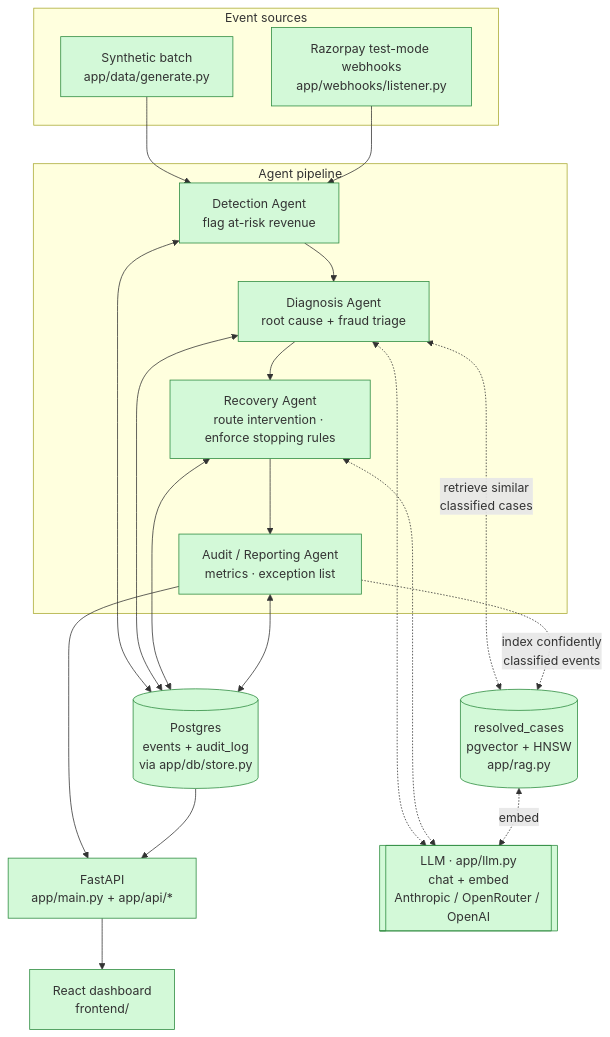
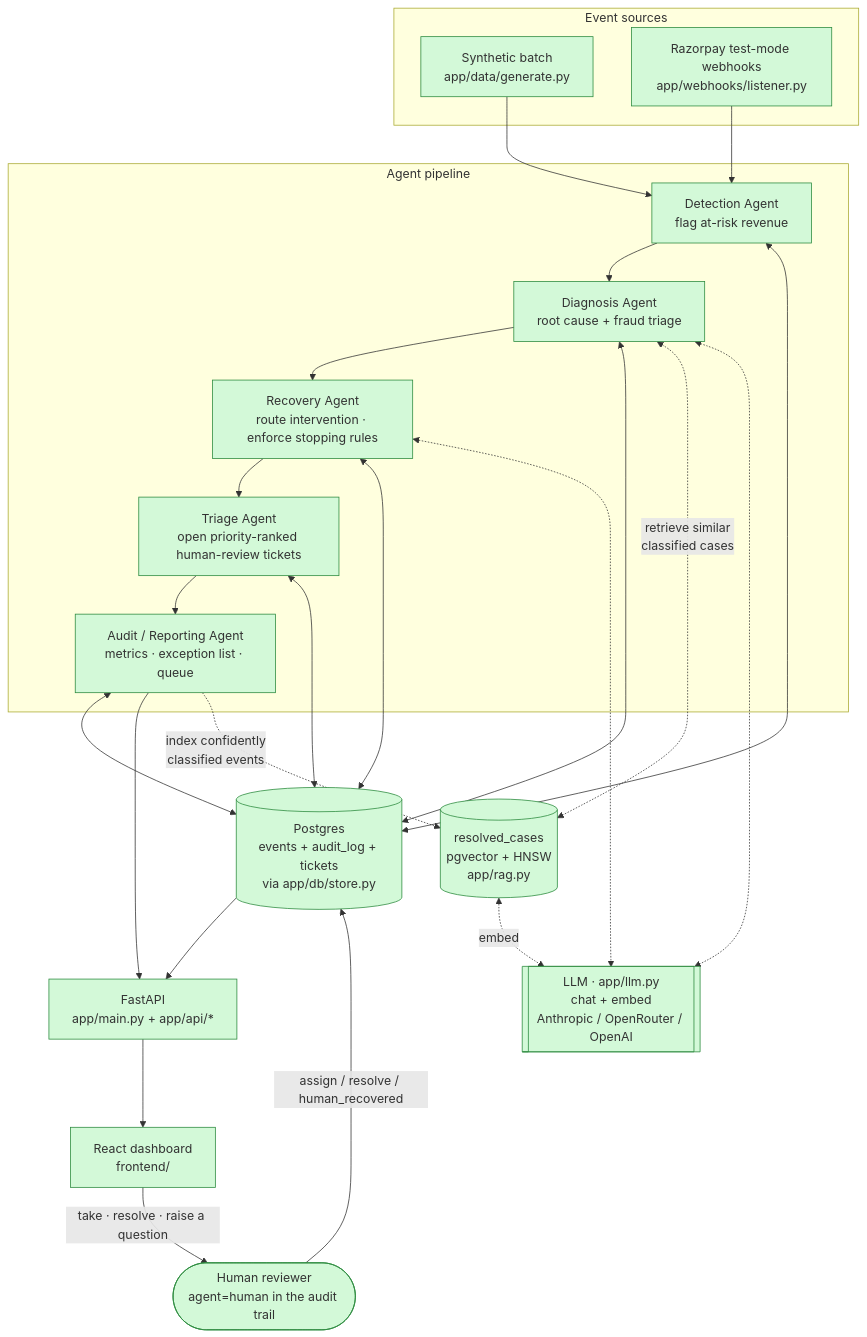
Before and after one commit to Skeletor-Pirate/AI-Revenue-Recovery: the first of 7 diagrams in architecture.md, drawn with Mermaid. The commit also changed other lines of this file and 40 other files, not shown here.

````diff
--- a/architecture.md
+++ b/architecture.md
@@ -48,41 +65,47 @@
 ```mermaid
 flowchart TD
     subgraph sources [Event sources]
         SYN[Synthetic batch<br/>app/data/generate.py]
         WH[Razorpay test-mode webhooks<br/>app/webhooks/listener.py]
     end
 
     SYN --> DET
     WH --> DET
 
     subgraph agents [Agent pipeline]
         DET[Detection Agent<br/>flag at-risk revenue]
         DIA[Diagnosis Agent<br/>root cause + fraud triage]
         REC[Recovery Agent<br/>route intervention · enforce stopping rules]
-        AUD[Audit / Reporting Agent<br/>metrics · exception list]
-        DET --> DIA --> REC --> AUD
+        TRI[Triage Agent<br/>open priority-ranked human-review tickets]
+        AUD[Audit / Reporting Agent<br/>metrics · exception list · queue]
+        DET --> DIA --> REC --> TRI --> AUD
     end
 
     DET <--> STORE
     DIA <--> STORE
     REC <--> STORE
+    TRI <--> STORE
     AUD <--> STORE
 
-    STORE[(Postgres<br/>events + audit_log<br/>via app/db/store.py)]
+    STORE[(Postgres<br/>events + audit_log + tickets<br/>via app/db/store.py)]
 
     AUD --> API
     STORE --> API
     API[FastAPI<br/>app/main.py + app/api/*] --> UI[React dashboard<br/>frontend/]
+
+    UI -->|"take · resolve · raise a question"| HUM
+    HUM(["Human reviewer<br/>agent=human in the audit trail"])
+    HUM -->|"assign / resolve / human_recovered"| STORE
 
     DIA <-.->|"retrieve similar<br/>classified cases"| RAG
     AUD -.->|"index confidently<br/>classified events"| RAG
     RAG[(resolved_cases<br/>pgvector + HNSW<br/>app/rag.py)]
     LLM[["LLM · app/llm.py<br/>chat + embed<br/>Anthropic / OpenRouter / OpenAI"]]
     DIA <-.-> LLM
     REC <-.-> LLM
     RAG <-.->|embed| LLM
 
     classDef done fill:#d3f9d8,stroke:#2b8a3e;
     classDef todo fill:#fff3bf,stroke:#e67700;
-    class SYN,STORE,DET,DIA,REC,AUD,API,UI,RAG,LLM,WH done;
+    class SYN,STORE,DET,DIA,REC,TRI,AUD,API,UI,RAG,LLM,WH,HUM done;
 ```
````
